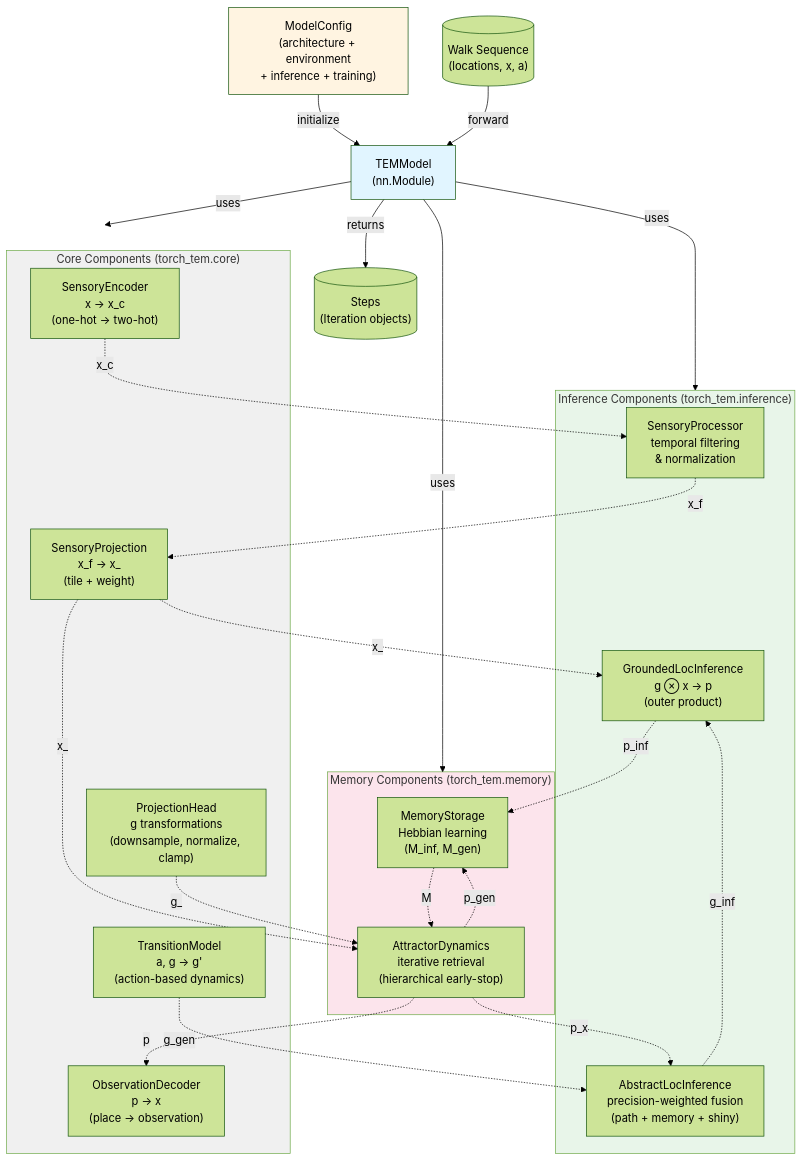
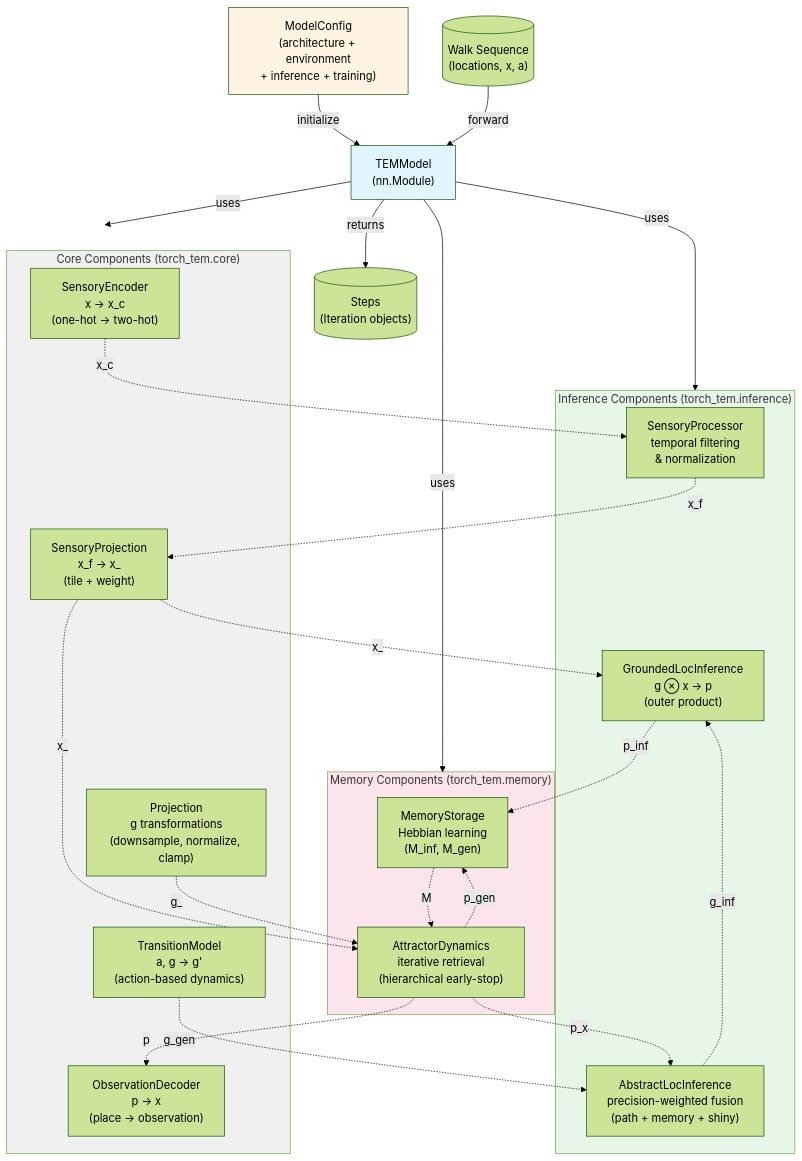
One commit to BorjaEst/tem changed the diagram in docs/architecture.mmd. Above: the diagram before and after it, drawn with Mermaid (forest theme). The commit also changed 18 other files, not shown here.

```diff
--- a/docs/architecture.mmd
+++ b/docs/architecture.mmd
@@ -1,65 +1,65 @@
 %% Tolman-Eichenbaum Machine (TEM) - Overall Architecture
 graph TB
     %% Input/Output
     Walk[("Walk Sequence<br/>(locations, x, a)")]
     Steps[("Steps<br/>(Iteration objects)")]
     
     %% Main Model
     TEMModel["TEMModel<br/>(nn.Module)"]
     
     %% Configuration
     Config["ModelConfig<br/>(architecture + environment<br/>+ inference + training)"]
     
     %% Core Components
     subgraph Core["Core Components (torch_tem.core)"]
         Encoder["SensoryEncoder<br/>x → x_c<br/>(one-hot → two-hot)"]
         Decoder["ObservationDecoder<br/>p → x<br/>(place → observation)"]
-        Projection["ProjectionHead<br/>g transformations<br/>(downsample, normalize, clamp)"]
+        Projection["Projection<br/>g transformations<br/>(downsample, normalize, clamp)"]
         Tiling["SensoryProjection<br/>x_f → x_<br/>(tile + weight)"]
         Transition["TransitionModel<br/>a, g → g'<br/>(action-based dynamics)"]
     end
     
     %% Inference Components
     subgraph Inference["Inference Components (torch_tem.inference)"]
         Sensory["SensoryProcessor<br/>temporal filtering<br/>& normalization"]
         Grounded["GroundedLocInference<br/>g ⊗ x → p<br/>(outer product)"]
         Abstract["AbstractLocInference<br/>precision-weighted fusion<br/>(path + memory + shiny)"]
     end
     
     %% Memory Components
     subgraph Memory["Memory Components (torch_tem.memory)"]
         Storage["MemoryStorage<br/>Hebbian learning<br/>(M_inf, M_gen)"]
         Attractor["AttractorDynamics<br/>iterative retrieval<br/>(hierarchical early-stop)"]
     end
     
     %% Data Flow
     Config -->|initialize| TEMModel
     Walk -->|forward| TEMModel
     TEMModel -->|returns| Steps
     
     TEMModel -->|uses| Core
     TEMModel -->|uses| Inference
     TEMModel -->|uses| Memory
     
     %% Component Dependencies
     Encoder -.->|x_c| Sensory
     Sensory -.->|x_f| Tiling
     Tiling -.->|x_| Grounded
     Tiling -.->|x_| Attractor
     
     Transition -.->|g_gen| Abstract
     Attractor -.->|p_x| Abstract
     Abstract -.->|g_inf| Grounded
     
     Grounded -.->|p_inf| Storage
     Attractor -.->|p_gen| Storage
     Storage -.->|M| Attractor
     
     Projection -.->|g_| Attractor
     Attractor -.->|p| Decoder
 
     style TEMModel fill:#e1f5ff
     style Config fill:#fff4e1
     style Core fill:#f0f0f0
     style Inference fill:#e8f5e9
     style Memory fill:#fce4ec
```
